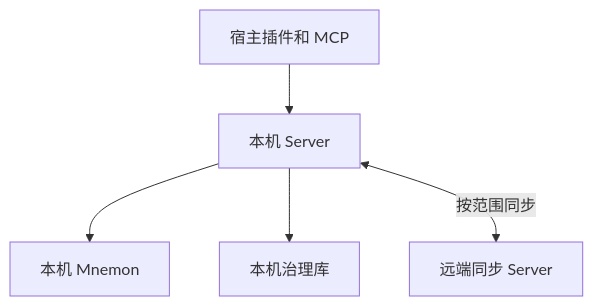
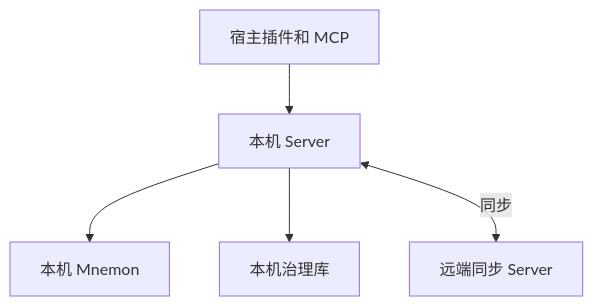
The diagram in docs/architecture.md (Seraphoenixy/MnemoWeave), drawn with Mermaid before and after one commit. The commit also changed other lines of this file and 103 other files, not shown here.

````diff
--- a/docs/architecture.md
+++ b/docs/architecture.md
@@ -7,7 +27,7 @@
 ```mermaid
 flowchart TD
     H["宿主插件和 MCP"] --> L["本机 Server"]
     L --> M["本机 Mnemon"]
     L --> G["本机治理库"]
-    L <-->|按范围同步| R["远端同步 Server"]
+    L <-->|同步| R["远端同步 Server"]
 ```
````
